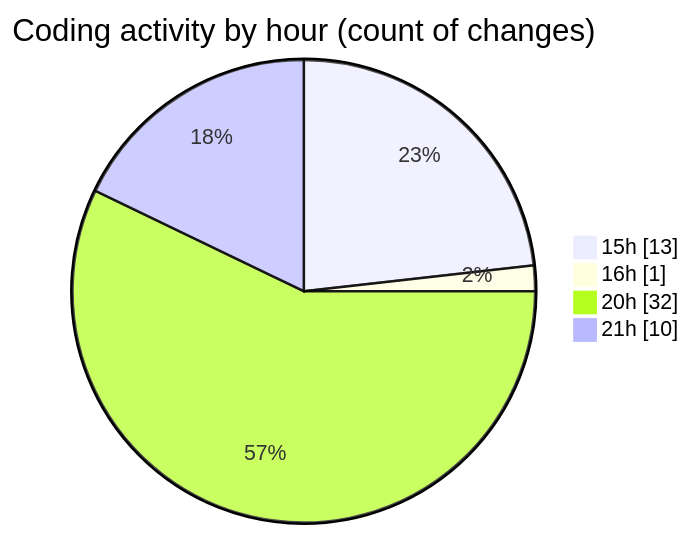
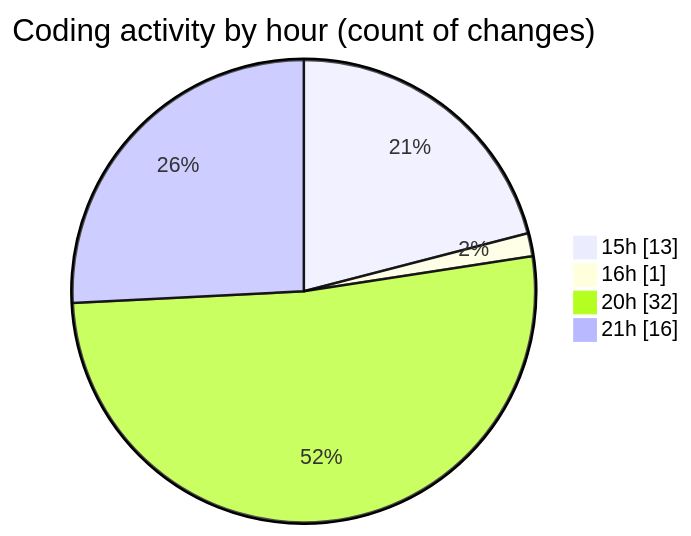
One commit to EIIisD/code-tracking changed the second of 2 diagrams in 2025-07-17/ribbon/README.md. Above: the diagram before and after it, drawn with Mermaid. The commit also changed other lines of this file and 1 other file, not shown here.

````diff
--- a/2025-07-17/ribbon/README.md
+++ b/2025-07-17/ribbon/README.md
@@ -51,8 +53,8 @@
 ```mermaid
 pie showData
 title Coding activity by hour (count of changes)
 "15h" : 13
 "16h" : 1
 "20h" : 32
-"21h" : 10
+"21h" : 16
 ```
````
